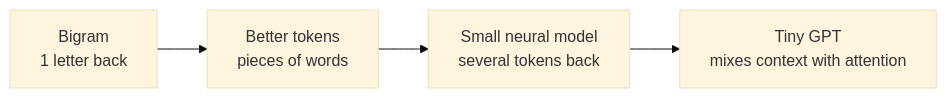
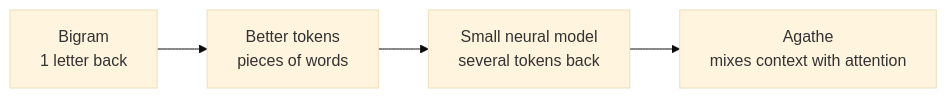
Before and after one commit to Falconiere/agavus: the second of 2 diagrams in learning/06-write-new-text.md, drawn with Mermaid (base theme). The commit also changed 12 other files, not shown here.

````diff
--- a/learning/06-write-new-text.md
+++ b/learning/06-write-new-text.md
@@ -51,6 +51,6 @@
 ```mermaid
 flowchart LR
   A["Bigram<br/>1 letter back"] --> B["Better tokens<br/>pieces of words"]
   B --> C["Small neural model<br/>several tokens back"]
-  C --> D["Tiny GPT<br/>mixes context with attention"]
+  C --> D["Agathe<br/>mixes context with attention"]
 ```
````
